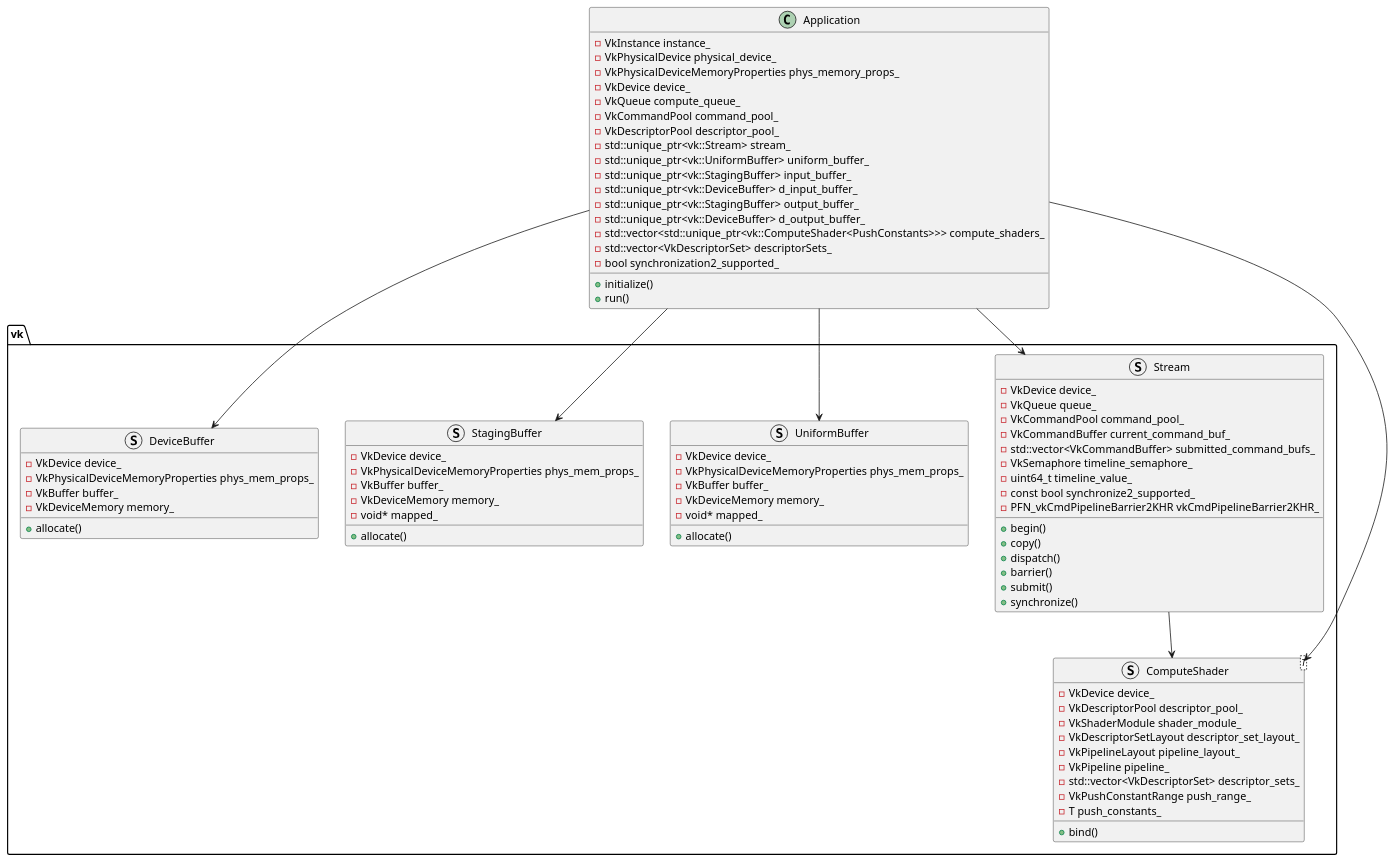
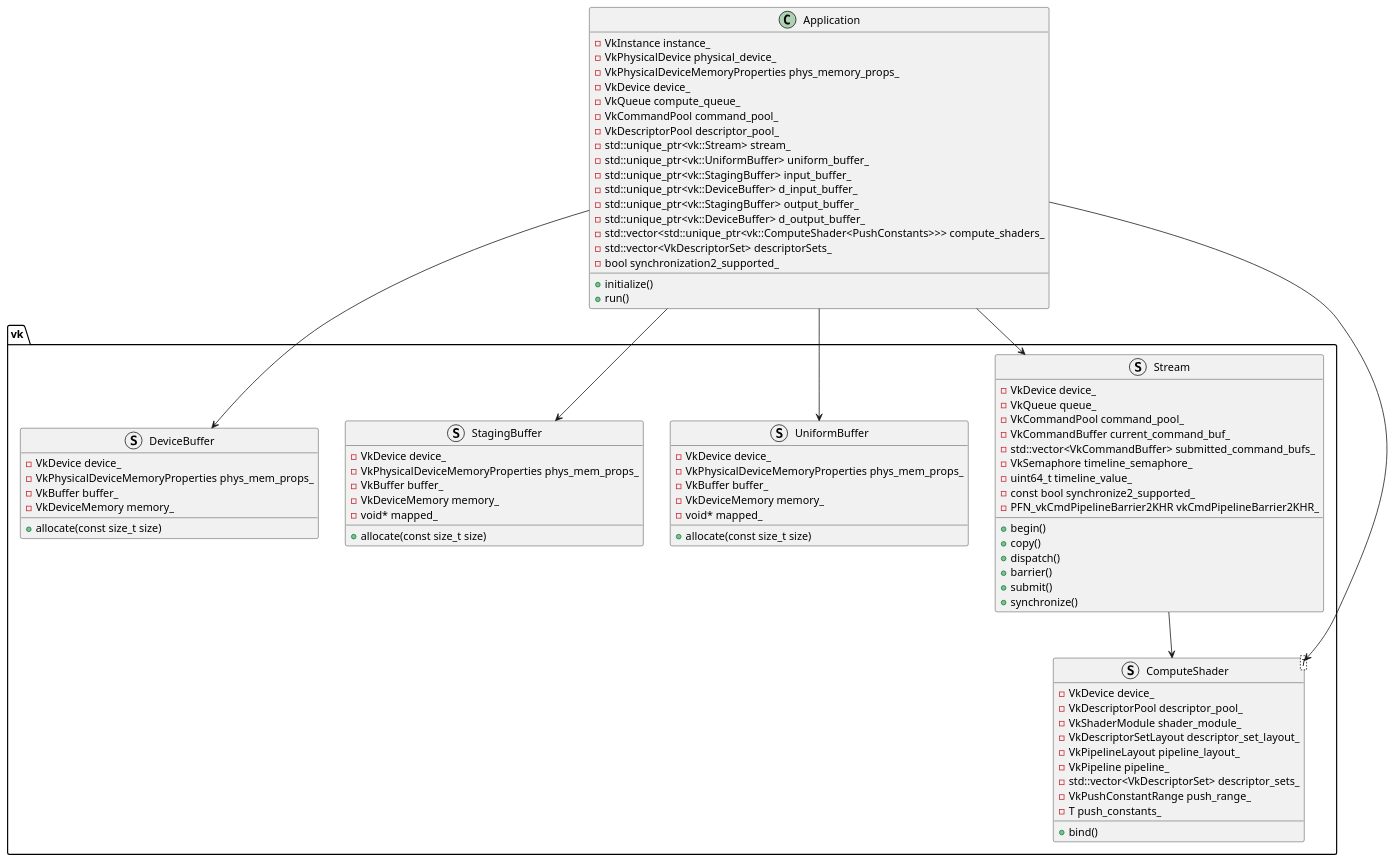
Before and after one commit to kohshi/vulkan-sandbox: the diagram in doc/class.pu, drawn with PlantUML.

Commit message:
Udpated class.pu.

```diff
--- a/doc/class.pu
+++ b/doc/class.pu
@@ -1,88 +1,88 @@
 @startuml
 set namespaceSeparator ::
 
 class Application {
   - VkInstance instance_
   - VkPhysicalDevice physical_device_
   - VkPhysicalDeviceMemoryProperties phys_memory_props_
   - VkDevice device_
   - VkQueue compute_queue_
   - VkCommandPool command_pool_
   - VkDescriptorPool descriptor_pool_
   - std::unique_ptr<vk::Stream> stream_
   - std::unique_ptr<vk::UniformBuffer> uniform_buffer_
   - std::unique_ptr<vk::StagingBuffer> input_buffer_
   - std::unique_ptr<vk::DeviceBuffer> d_input_buffer_
   - std::unique_ptr<vk::StagingBuffer> output_buffer_
   - std::unique_ptr<vk::DeviceBuffer> d_output_buffer_
   - std::vector<std::unique_ptr<vk::ComputeShader<PushConstants>>> compute_shaders_
   - std::vector<VkDescriptorSet> descriptorSets_
   - bool synchronization2_supported_
   + initialize()
   + run()
 }
 
 struct vk::Stream {
   - VkDevice device_
   - VkQueue queue_
   - VkCommandPool command_pool_
   - VkCommandBuffer current_command_buf_
   - std::vector<VkCommandBuffer> submitted_command_bufs_
   - VkSemaphore timeline_semaphore_
   - uint64_t timeline_value_
   - const bool synchronize2_supported_
   - PFN_vkCmdPipelineBarrier2KHR vkCmdPipelineBarrier2KHR_
   + begin()
   + copy()
   + dispatch()
   + barrier()
   + submit()
   + synchronize()
 }
 
 struct vk::ComputeShader<T> {
   - VkDevice device_
   - VkDescriptorPool descriptor_pool_
   - VkShaderModule shader_module_
   - VkDescriptorSetLayout descriptor_set_layout_
   - VkPipelineLayout pipeline_layout_
   - VkPipeline pipeline_
   - std::vector<VkDescriptorSet> descriptor_sets_
   - VkPushConstantRange push_range_
   - T push_constants_
   + bind()
 }
 
 struct vk::UniformBuffer {
   - VkDevice device_
   - VkPhysicalDeviceMemoryProperties phys_mem_props_
   - VkBuffer buffer_
   - VkDeviceMemory memory_
+  + allocate(const size_t size)
   - void* mapped_
-  + allocate()
 }
 
 struct vk::StagingBuffer {
   - VkDevice device_
   - VkPhysicalDeviceMemoryProperties phys_mem_props_
   - VkBuffer buffer_
   - VkDeviceMemory memory_
+  + allocate(const size_t size)
   - void* mapped_
-  + allocate()
 }
 
 struct vk::DeviceBuffer {
   - VkDevice device_
   - VkPhysicalDeviceMemoryProperties phys_mem_props_
   - VkBuffer buffer_
   - VkDeviceMemory memory_
-  + allocate()
+  + allocate(const size_t size)
 }
 
 Application --> vk::Stream
 Application --> vk::ComputeShader
 Application --> vk::UniformBuffer
 Application --> vk::StagingBuffer
 Application --> vk::DeviceBuffer
 vk::Stream --> vk::ComputeShader
 @enduml
```
